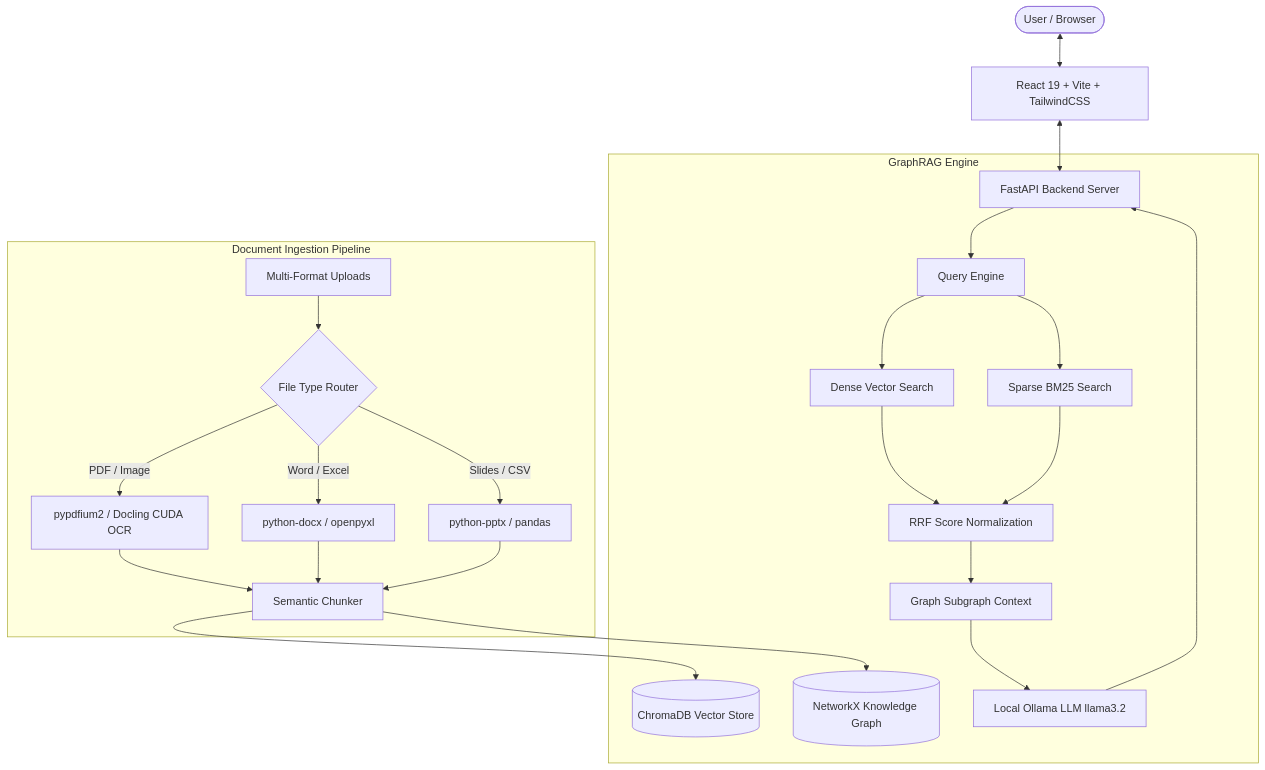
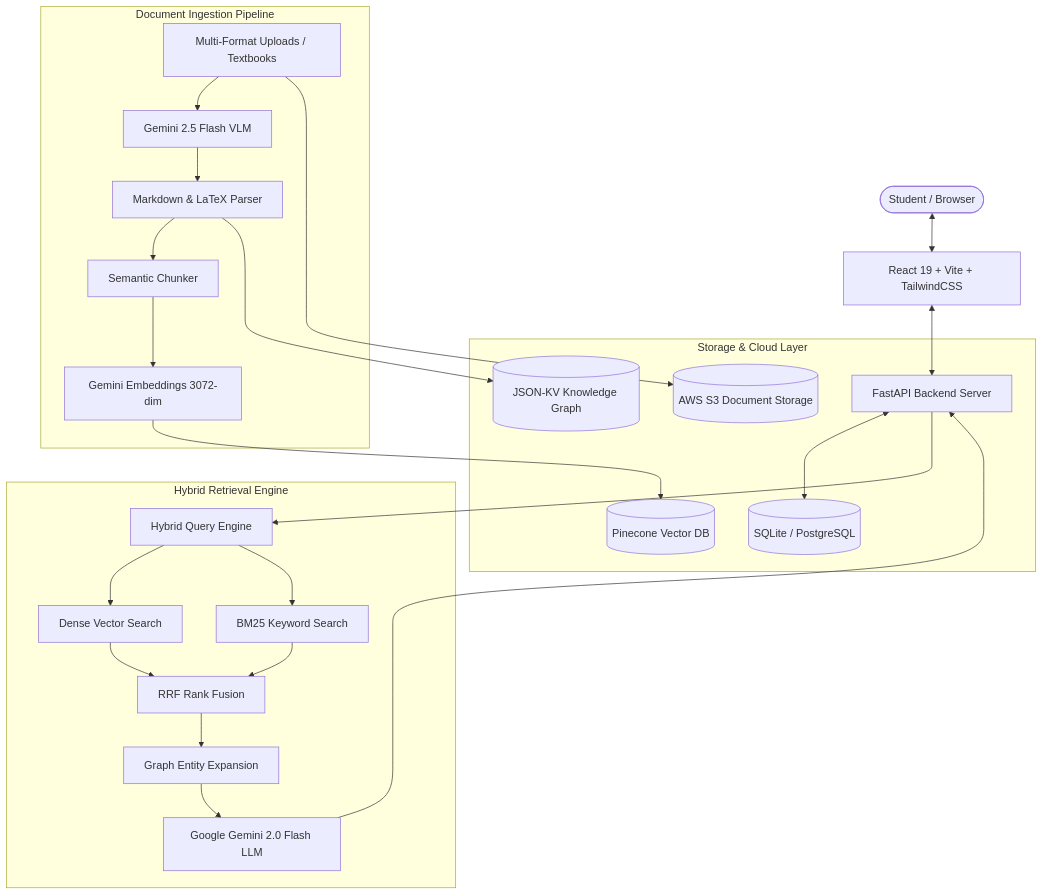
Before and after one commit to admin-indiemakers/DeepTutor: the diagram in README.md, drawn with Mermaid. The commit also changed other lines of this file and 6 other files, not shown here.

Commit message:
feat: rearchitect platform as DeepTutor with Google Gemini 2.0/2.5 integration, Pinecone vector storage, and Docker-based cloud deployment support.

````diff
--- a/README.md
+++ b/README.md
@@ -53,27 +49,30 @@
 ```mermaid
 flowchart TD
-    User([User / Browser]) <--> Frontend[React 19 + Vite + TailwindCSS]
+    User([Student / Browser]) <--> Frontend[React 19 + Vite + TailwindCSS]
     Frontend <--> API[FastAPI Backend Server]
     
     subgraph Document Ingestion Pipeline
-        Upload[Multi-Format Uploads] --> Router{File Type Router}
-        Router -->|PDF / Image| FastParser[pypdfium2 / Docling CUDA OCR]
-        Router -->|Word / Excel| DocxParser[python-docx / openpyxl]
-        Router -->|Slides / CSV| PptxParser[python-pptx / pandas]
-        FastParser & DocxParser & PptxParser --> Chunker[Semantic Chunker]
+        Upload[Multi-Format Uploads / Textbooks] --> VLM[Gemini 2.5 Flash VLM]
+        VLM --> Parser[Markdown & LaTeX Parser]
+        Parser --> Chunker[Semantic Chunker]
+        Chunker --> Embedder[Gemini Embeddings 3072-dim]
     end
     
-    subgraph GraphRAG Engine
-        Chunker --> Chroma[(ChromaDB Vector Store)]
-        Chunker --> GraphStore[(NetworkX Knowledge Graph)]
-        
-        API --> QueryEngine[Query Engine]
-        QueryEngine --> Dense[Dense Vector Search]
-        QueryEngine --> Sparse[Sparse BM25 Search]
-        Dense & Sparse --> RRF[RRF Score Normalization]
-        RRF --> GraphExpand[Graph Subgraph Context]
-        GraphExpand --> Ollama[Local Ollama LLM llama3.2]
+    subgraph Storage & Cloud Layer
+        Embedder --> Pinecone[(Pinecone Vector DB)]
+        Parser --> GraphStore[(JSON-KV Knowledge Graph)]
+        Upload --> S3[(AWS S3 Document Storage)]
+        API <--> DB[(SQLite / PostgreSQL)]
     end
     
-    Ollama --> API
+    subgraph Hybrid Retrieval Engine
+        API --> QueryEngine[Hybrid Query Engine]
+        QueryEngine --> Dense[Dense Vector Search]
+        QueryEngine --> BM25[BM25 Keyword Search]
+        Dense & BM25 --> Fusion[RRF Rank Fusion]
+        Fusion --> GraphExpand[Graph Entity Expansion]
+        GraphExpand --> GeminiLLM[Google Gemini 2.0 Flash LLM]
+    end
+    
+    GeminiLLM --> API
 ```
````
